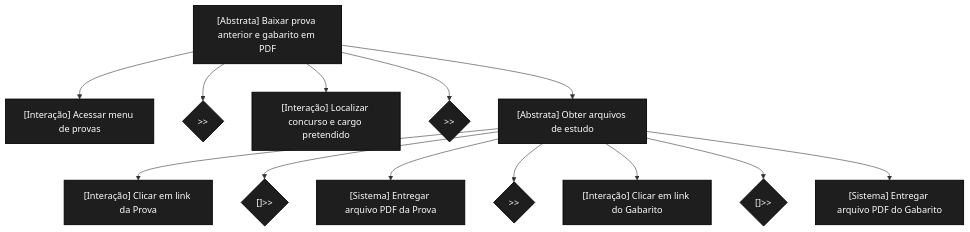
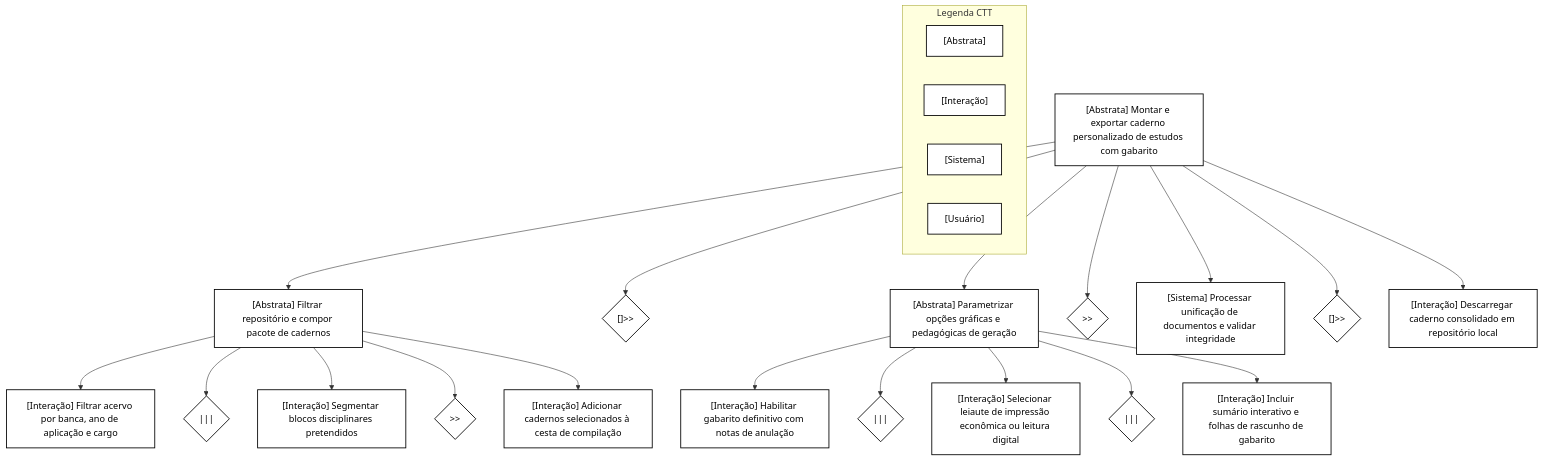
One commit to Interacao-Humano-Computador/2026.2-Grupo07 changed the second of 8 diagrams in docs/analise-de-requisitos/analise-de-tarefas/ctt.md. Above: the diagram before and after it, drawn with Mermaid. The commit also changed other lines of this file and 7 other files, not shown here.

````diff
--- a/docs/analise-de-requisitos/analise-de-tarefas/ctt.md
+++ b/docs/analise-de-requisitos/analise-de-tarefas/ctt.md
@@ -185,34 +217,55 @@
 ```mermaid
 flowchart TD
-    classDef default fill:#1e1e1e,stroke:#000000,stroke-width:1.5px,color:#ffffff;
-    Root2["[Abstrata] Baixar prova anterior e gabarito em PDF"]
+    classDef default fill:#ffffff,stroke:#000000,stroke-width:1.5px,color:#000000;
+    subgraph Legenda ["Legenda CTT"]
+        direction LR
+        L_Abs["[Abstrata]"]
+        L_Int["[Interação]"]
+        L_Sis["[Sistema]"]
+        L_Usu["[Usuário]"]
+    end
 
-    N1["[Interação] Acessar menu de provas"]
-    O1{">>"}
-    N2["[Interação] Localizar concurso e cargo pretendido"]
-    O2{">>"}
-    N3["[Abstrata] Obter arquivos de estudo"]
+    Root2["[Abstrata] Montar e exportar caderno personalizado de estudos com gabarito"]
 
-    Root2 --> N1
-    Root2 --> O1
-    Root2 --> N2
-    Root2 --> O2
-    Root2 --> N3
+    M1["[Abstrata] Filtrar repositório e compor pacote de cadernos"]
+    MOp1{"[]>>"}
+    M2["[Abstrata] Parametrizar opções gráficas e pedagógicas de geração"]
+    MOp2{">>"}
+    M3["[Sistema] Processar unificação de documentos e validar integridade"]
+    MOp3{"[]>>"}
+    M4["[Interação] Descarregar caderno consolidado em repositório local"]
 
-    %% Decomposição de N3
-    N3_1["[Interação] Clicar em link da Prova"]
-    O3_1{"[]>>"}
-    N3_2["[Sistema] Entregar arquivo PDF da Prova"]
-    O3_2{">>"}
-    N3_3["[Interação] Clicar em link do Gabarito"]
-    O3_3{"[]>>"}
-    N3_4["[Sistema] Entregar arquivo PDF do Gabarito"]
+    Root2 --> M1
+    Root2 --> MOp1
+    Root2 --> M2
+    Root2 --> MOp2
+    Root2 --> M3
+    Root2 --> MOp3
+    Root2 --> M4
 
-    N3 --> N3_1
-    N3 --> O3_1
-    N3 --> N3_2
-    N3 --> O3_2
-    N3 --> N3_3
-    N3 --> O3_3
-    N3 --> N3_4
+    %% Decomposição de M1 (Filtro e seleção modular)
+    M1_1["[Interação] Filtrar acervo por banca, ano de aplicação e cargo"]
+    M1_Op1{"|||"}
+    M1_2["[Interação] Segmentar blocos disciplinares pretendidos"]
+    M1_Op2{">>"}
+    M1_3["[Interação] Adicionar cadernos selecionados à cesta de compilação"]
+
+    M1 --> M1_1
+    M1 --> M1_Op1
+    M1 --> M1_2
+    M1 --> M1_Op2
+    M1 --> M1_3
+
+    %% Decomposição de M2 (Parâmetros de compilação)
+    M2_1["[Interação] Habilitar gabarito definitivo com notas de anulação"]
+    M2_Op1{"|||"}
+    M2_2["[Interação] Selecionar leiaute de impressão econômica ou leitura digital"]
+    M2_Op2{"|||"}
+    M2_3["[Interação] Incluir sumário interativo e folhas de rascunho de gabarito"]
+
+    M2 --> M2_1
+    M2 --> M2_Op1
+    M2 --> M2_2
+    M2 --> M2_Op2
+    M2 --> M2_3
 ```
````
